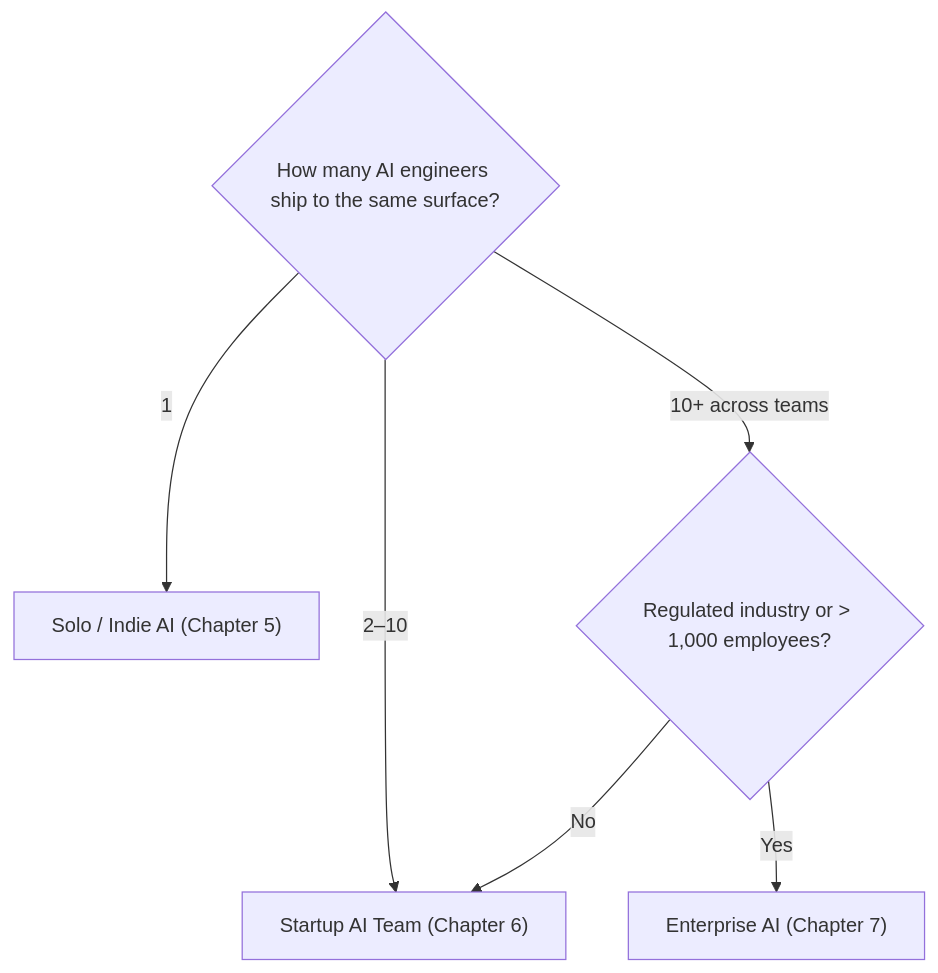
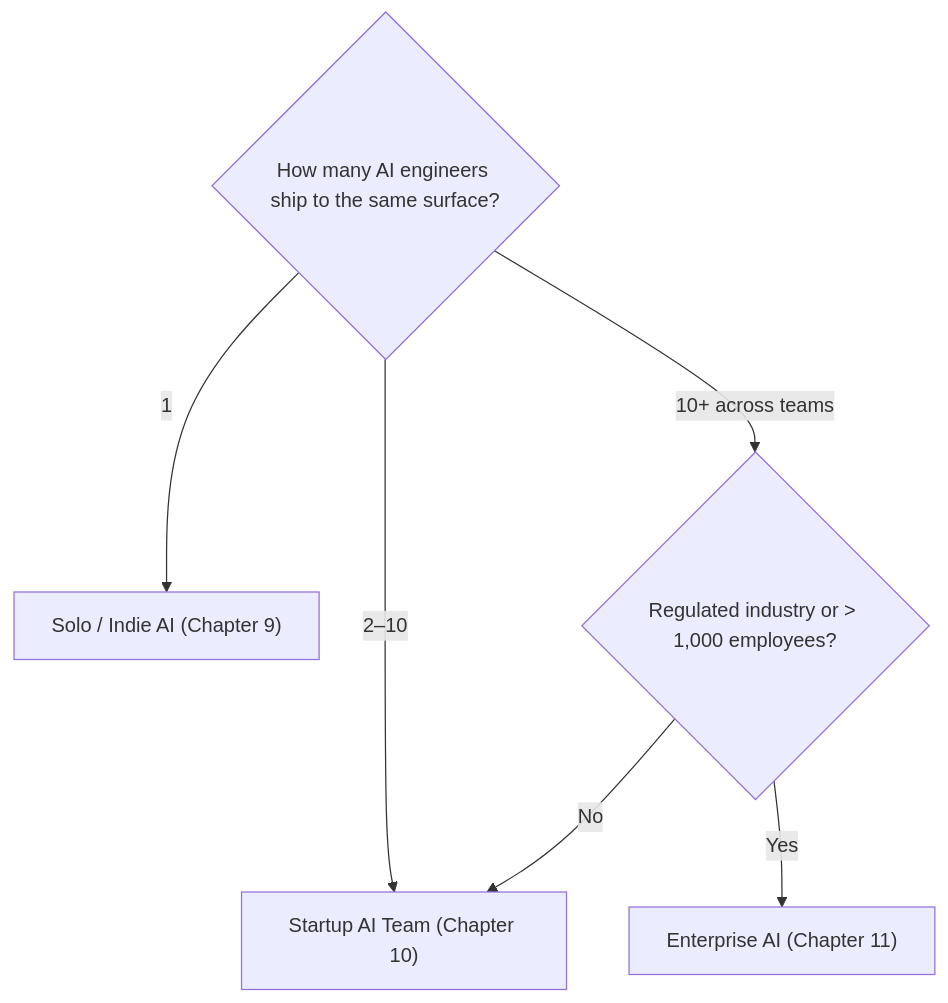
One commit to tonyx1998/modern-ai-guide changed the diagram in docs/08-comparison/index.md. Above: the diagram before and after it, drawn with Mermaid. The commit also changed other lines of this file and 96 other files, not shown here.

````diff
--- a/docs/08-comparison/index.md
+++ b/docs/08-comparison/index.md
@@ -44,9 +44,9 @@
 ```mermaid
 flowchart TD
     Start{"How many AI engineers ship to the same surface?"}
-    Start -->|1| Solo["Solo / Indie AI (Chapter 5)"]
-    Start -->|2–10| Startup["Startup AI Team (Chapter 6)"]
+    Start -->|1| Solo["Solo / Indie AI (Chapter 9)"]
+    Start -->|2–10| Startup["Startup AI Team (Chapter 10)"]
     Start -->|10+ across teams| Q2{"Regulated industry or > 1,000 employees?"}
-    Q2 -->|Yes| Ent["Enterprise AI (Chapter 7)"]
+    Q2 -->|Yes| Ent["Enterprise AI (Chapter 11)"]
     Q2 -->|No| Startup
 ```
````
